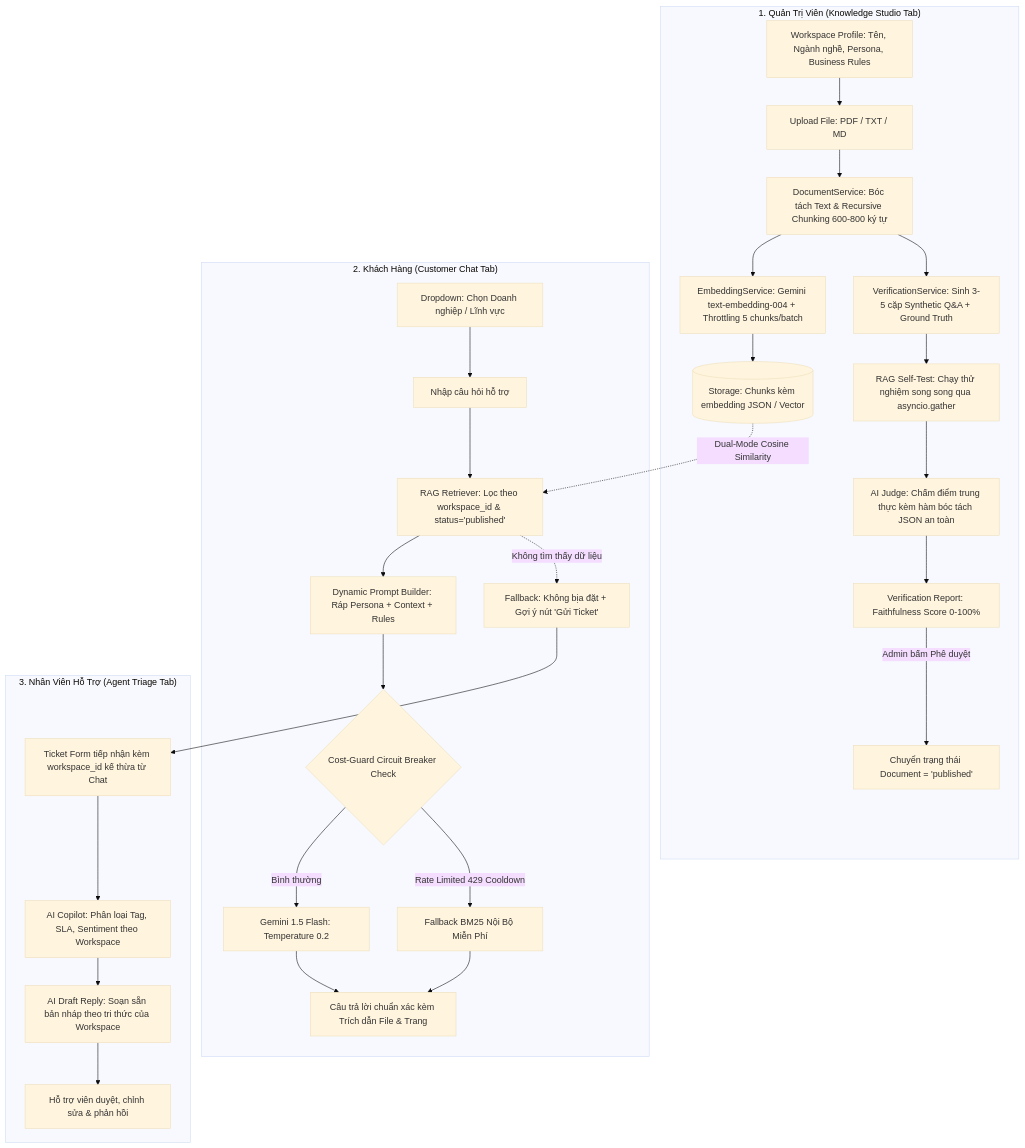
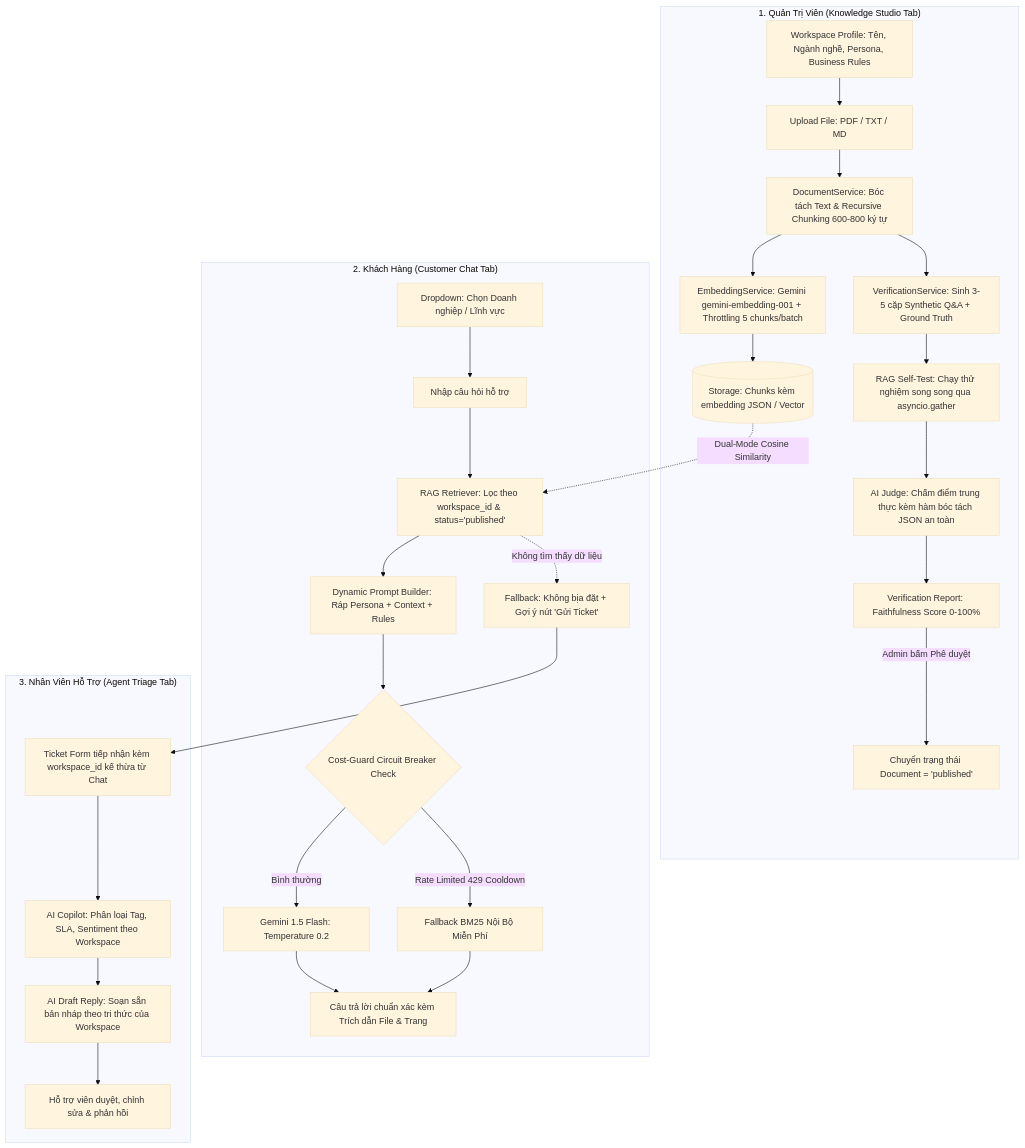
Before and after one commit to BapVitHoang/smartdesk-ai: the second of 3 diagrams in implementation_plan_smartdesk_ai_upgrade.md, drawn with Mermaid (base theme). The commit also changed other lines of this file and 14 other files, not shown here.

````diff
--- a/implementation_plan_smartdesk_ai_upgrade.md
+++ b/implementation_plan_smartdesk_ai_upgrade.md
@@ -96,36 +96,36 @@
 ```mermaid
 flowchart TD
     subgraph Studio["1. Quản Trị Viên (Knowledge Studio Tab)"]
         W1[Workspace Profile: Tên, Ngành nghề, Persona, Business Rules] --> W2[Upload File: PDF / TXT / MD]
         W2 --> DS[DocumentService: Bóc tách Text & Recursive Chunking 600-800 ký tự]
-        DS --> ES[EmbeddingService: Gemini text-embedding-004 + Throttling 5 chunks/batch]
+        DS --> ES[EmbeddingService: Gemini gemini-embedding-001 + Throttling 5 chunks/batch]
         ES --> DB[(Storage: Chunks kèm embedding JSON / Vector)]
         
         %% Pipeline Sát Hạch Tri Thức
         DS --> VS1[VerificationService: Sinh 3-5 cặp Synthetic Q&A + Ground Truth]
         VS1 --> VS2[RAG Self-Test: Chạy thử nghiệm song song qua asyncio.gather]
         VS2 --> VS3[AI Judge: Chấm điểm trung thực kèm hàm bóc tách JSON an toàn]
         VS3 --> VR[Verification Report: Faithfulness Score 0-100%]
         VR -->|Admin bấm Phê duyệt| PUB[Chuyển trạng thái Document = 'published']
     end
 
     subgraph Chat["2. Khách Hàng (Customer Chat Tab)"]
         C1[Dropdown: Chọn Doanh nghiệp / Lĩnh vực] --> C2[Nhập câu hỏi hỗ trợ]
         C2 --> RR[RAG Retriever: Lọc theo workspace_id & status='published']
         DB -.->|Dual-Mode Cosine Similarity| RR
         RR --> PB[Dynamic Prompt Builder: Ráp Persona + Context + Rules]
         PB --> CB_CHECK{Cost-Guard Circuit Breaker Check}
         CB_CHECK -- Bình thường --> LLM[Gemini 1.5 Flash: Temperature 0.2]
         CB_CHECK -- Rate Limited 429 Cooldown --> FB_LOCAL[Fallback BM25 Nội Bộ Miễn Phí]
         LLM --> C3[Câu trả lời chuẩn xác kèm Trích dẫn File & Trang]
         FB_LOCAL --> C3
         RR -. Không tìm thấy dữ liệu .-> C4[Fallback: Không bịa đặt + Gợi ý nút 'Gửi Ticket']
     end
 
     subgraph Dashboard["3. Nhân Viên Hỗ Trợ (Agent Triage Tab)"]
         C4 --> TF[Ticket Form tiếp nhận kèm workspace_id kế thừa từ Chat]
         TF --> TC[AI Copilot: Phân loại Tag, SLA, Sentiment theo Workspace]
         TC --> DR[AI Draft Reply: Soạn sẵn bản nháp theo tri thức của Workspace]
         DR --> AG[Hỗ trợ viên duyệt, chỉnh sửa & phản hồi]
     end
 ```
````
